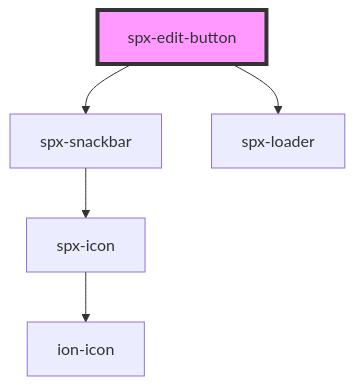
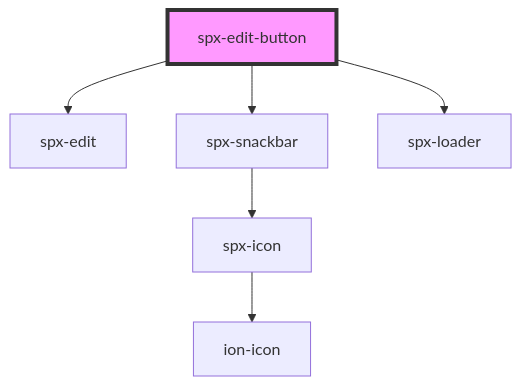
One commit to dnnsjsk/spx changed the diagram in stencil/src/components/spx-edit-button/readme.md. Above: the diagram before and after it, drawn with Mermaid. The commit also changed other lines of this file and 28 other files, not shown here.

````diff
--- a/stencil/src/components/spx-edit-button/readme.md
+++ b/stencil/src/components/spx-edit-button/readme.md
@@ -65,8 +65,9 @@
 ```mermaid
 graph TD;
+  spx-edit-button --> spx-edit
   spx-edit-button --> spx-snackbar
   spx-edit-button --> spx-loader
   spx-snackbar --> spx-icon
   spx-icon --> ion-icon
   style spx-edit-button fill:#f9f,stroke:#333,stroke-width:4px
 ```
````
